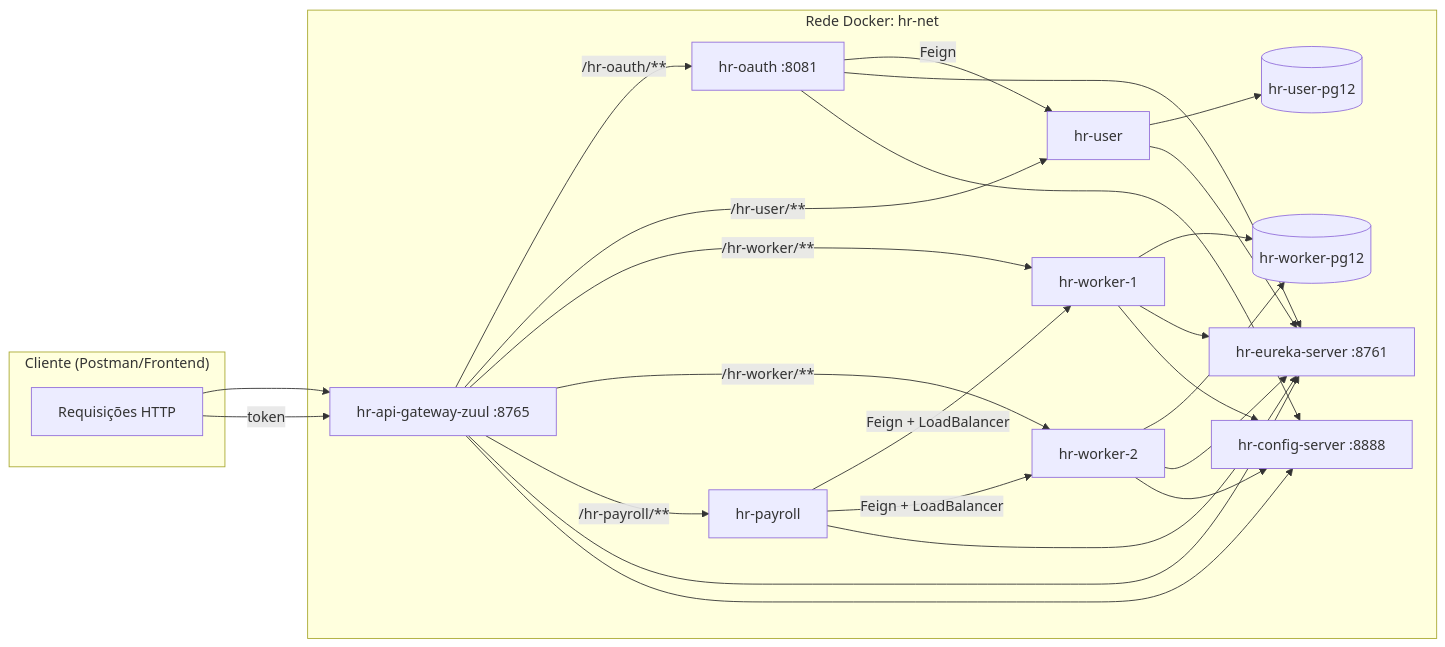
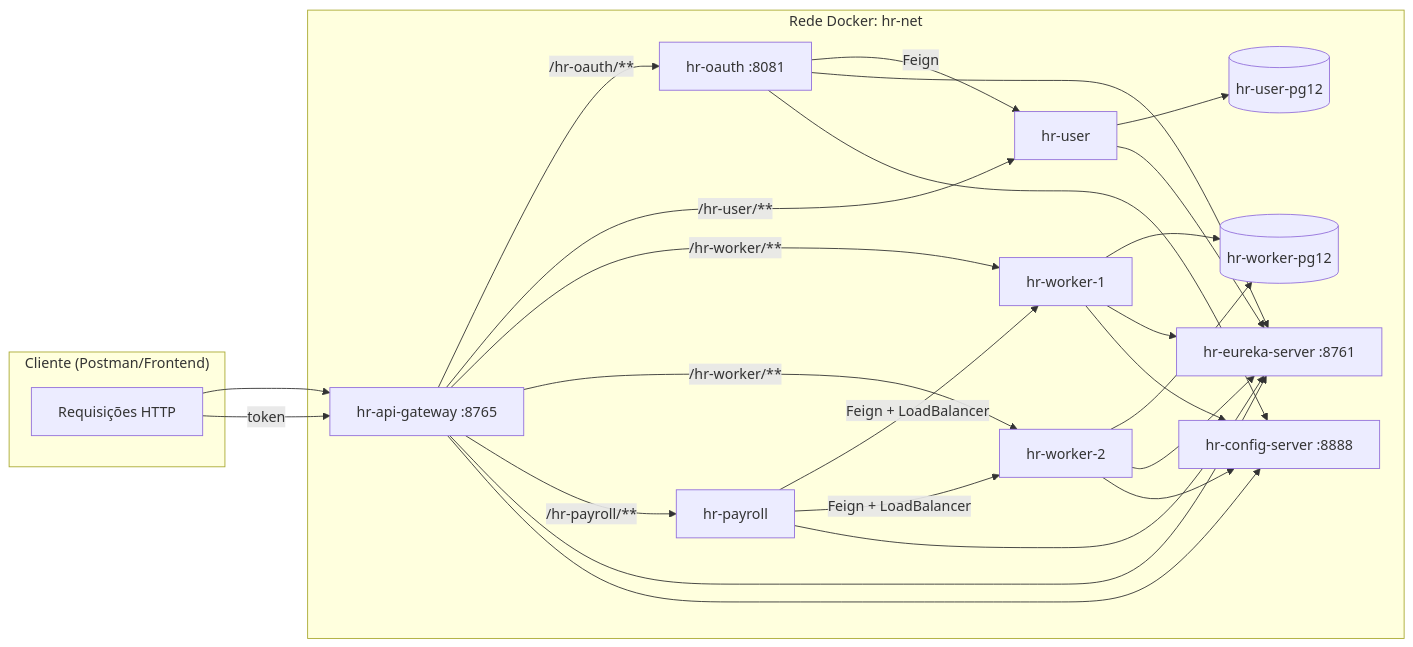
The diagram in README.md (sandro-krd/ms-course-reformulado), drawn with Mermaid before and after one commit. The commit also changed 15 other files, not shown here.

First line of the commit message:
feat: Refactor hr-api-gateway service and update Docker configuration

````diff
--- a/README.md
+++ b/README.md
@@ -51,47 +51,47 @@
 ```mermaid
 flowchart LR
   subgraph C["Cliente (Postman/Frontend)"]
     U[Requisições HTTP]
   end
 
   subgraph N["Rede Docker: hr-net"]
-    G[hr-api-gateway-zuul :8765]
+    G[hr-api-gateway :8765]
     O[hr-oauth :8081]
     E[hr-eureka-server :8761]
     CFG[hr-config-server :8888]
     P[hr-payroll]
     UMS[hr-user]
     W1[hr-worker-1]
     W2[hr-worker-2]
     DBU[(hr-user-pg12)]
     DBW[(hr-worker-pg12)]
   end
 
   U --> G
   U -->|token| G
   G -->|/hr-oauth/**| O
   G -->|/hr-user/**| UMS
   G -->|/hr-worker/**| W1
   G -->|/hr-worker/**| W2
   G -->|/hr-payroll/**| P
 
   O -->|Feign| UMS
   P -->|Feign + LoadBalancer| W1
   P -->|Feign + LoadBalancer| W2
 
   UMS --> DBU
   W1 --> DBW
   W2 --> DBW
 
   G --> E
   O --> E
   UMS --> E
   W1 --> E
   W2 --> E
   P --> E
 
   G --> CFG
   O --> CFG
   W1 --> CFG
   W2 --> CFG
 ```
````
